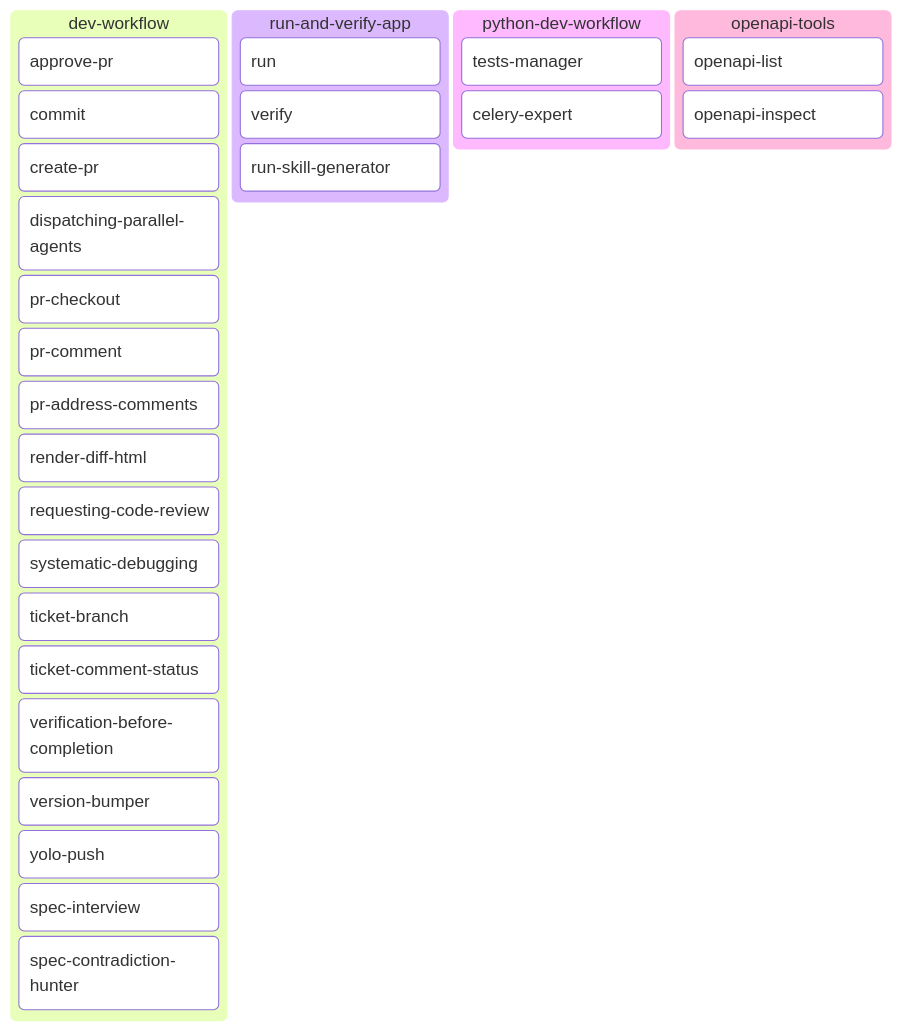
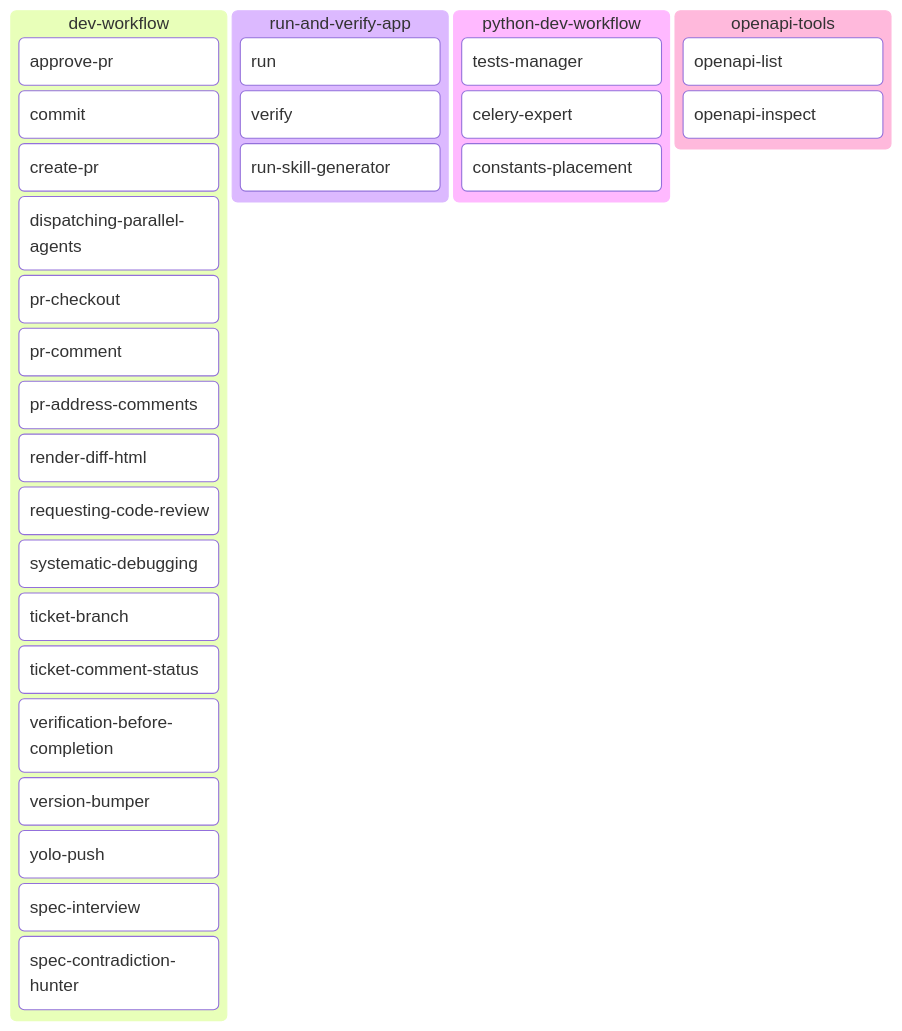
One commit to Alex-Kopylov/zweihander changed the third of 4 diagrams in README.md. Above: the diagram before and after it, drawn with Mermaid. The commit also changed other lines of this file and 11 other files, not shown here.

First line of the commit message:
feat(python-dev-workflow): add constants-placement skill

````diff
--- a/README.md
+++ b/README.md
@@ -86,31 +86,32 @@
 ```mermaid
 kanban
   dev_workflow[dev-workflow]
     dw_approve_pr[approve-pr]
     dw_commit[commit]
     dw_create_pr[create-pr]
     dw_dispatching_parallel_agents[dispatching-parallel-agents]
     dw_pr_checkout[pr-checkout]
     dw_pr_comment[pr-comment]
     dw_pr_address_comments[pr-address-comments]
     dw_render_diff_html[render-diff-html]
     dw_requesting_code_review[requesting-code-review]
     dw_systematic_debugging[systematic-debugging]
     dw_ticket_branch[ticket-branch]
     dw_ticket_comment_status[ticket-comment-status]
     dw_verification_before_completion[verification-before-completion]
     dw_version_bumper[version-bumper]
     dw_yolo_push[yolo-push]
     dw_spec_interview[spec-interview]
     dw_spec_contradiction_hunter[spec-contradiction-hunter]
   run_and_verify_app[run-and-verify-app]
     rva_run[run]
     rva_verify[verify]
     rva_run_skill_generator[run-skill-generator]
   python_dev_workflow[python-dev-workflow]
     pdw_tests_manager[tests-manager]
     pdw_celery_expert[celery-expert]
+    pdw_constants_placement[constants-placement]
   openapi_tools[openapi-tools]
     oat_openapi_list[openapi-list]
     oat_openapi_inspect[openapi-inspect]
 ```
````
